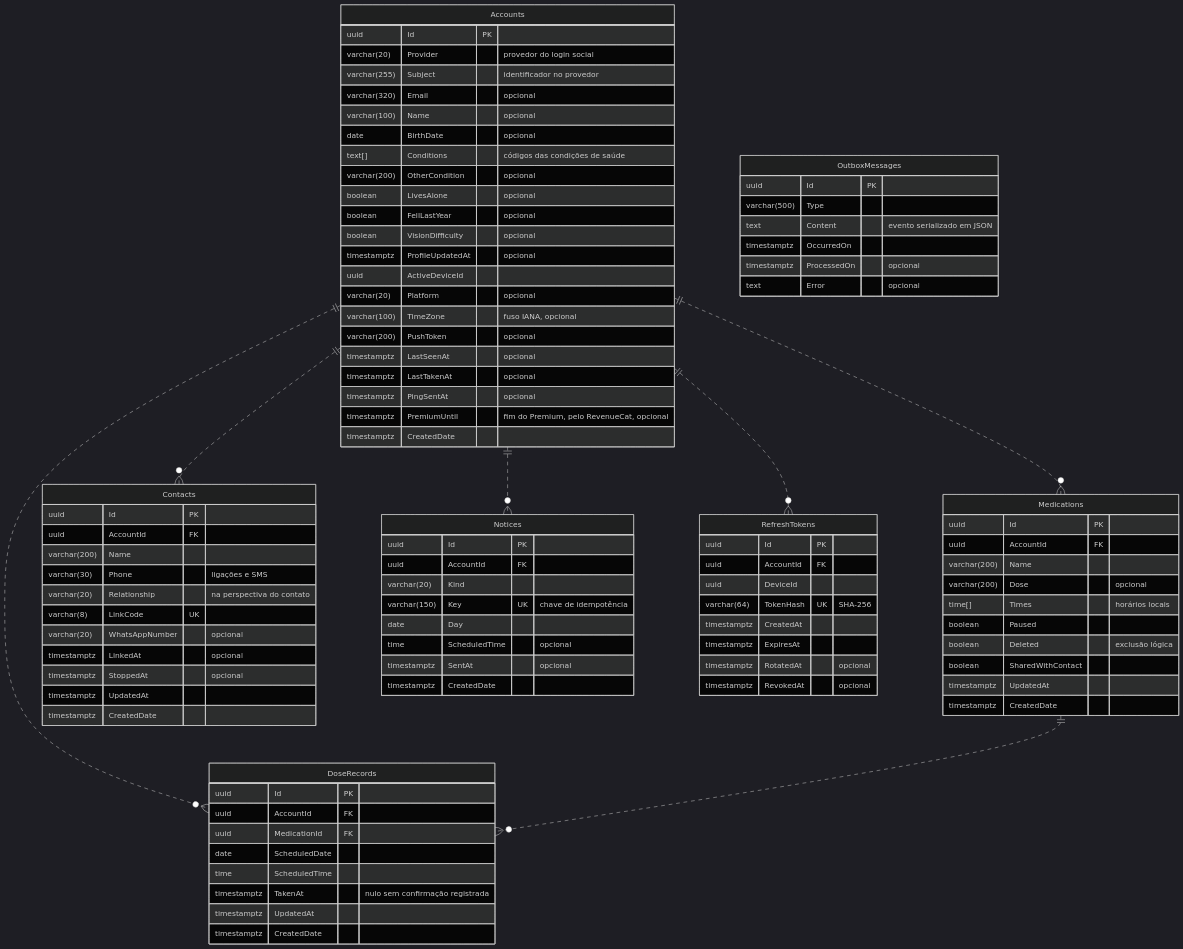
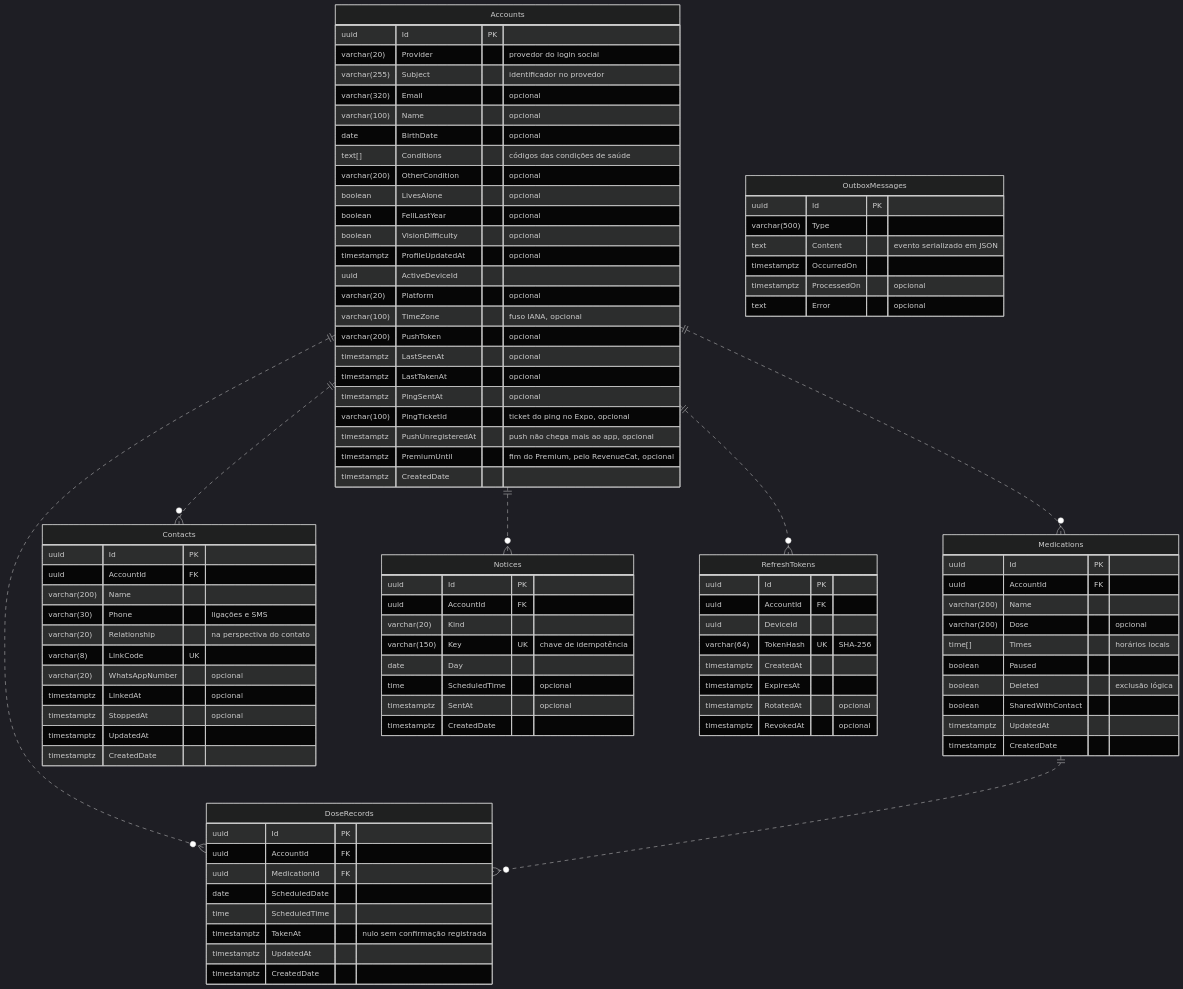
One commit to revo-solutions/cmi changed the diagram in docs/database.md. Above: the diagram before and after it, drawn with Mermaid (dark theme). The commit also changed 27 other files, not shown here.

First line of the commit message:
feat(api): ping a silent phone through expo push and notice an uninstalled app

```diff
--- a/docs/database.md
+++ b/docs/database.md
@@ -32,6 +32,8 @@
         timestamptz LastSeenAt "opcional"
         timestamptz LastTakenAt "opcional"
         timestamptz PingSentAt "opcional"
+        varchar(100) PingTicketId "ticket do ping no Expo, opcional"
+        timestamptz PushUnregisteredAt "push não chega mais ao app, opcional"
         timestamptz PremiumUntil "fim do Premium, pelo RevenueCat, opcional"
         timestamptz CreatedDate
     }
```
